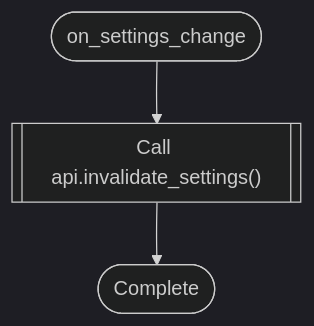
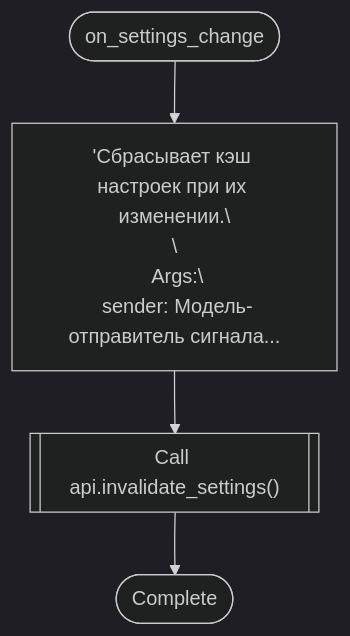
One commit to ihrusl05-rgb/Factoscope changed diagram 21 of 59 in codedebrief-out/codedebrief.md. Above: the diagram before and after it, drawn with Mermaid (dark theme). The commit also changed other lines of this file and 20 other files, not shown here.

````diff
--- a/codedebrief-out/codedebrief.md
+++ b/codedebrief-out/codedebrief.md
@@ -585,8 +609,10 @@
 ```mermaid
 flowchart TD
   mflow_084982573a5c7fd6_n1(["on_settings_change"])
-  mflow_084982573a5c7fd6_n2[["Call api.invalidate_settings()"]]
-  mflow_084982573a5c7fd6_n3(["Complete"])
+  mflow_084982573a5c7fd6_n2["'Сбрасывает кэш настроек при их изменении.\\n\\n Args:\\n sender: Модель-отправитель сигнала..."]
+  mflow_084982573a5c7fd6_n3[["Call api.invalidate_settings()"]]
+  mflow_084982573a5c7fd6_n4(["Complete"])
   mflow_084982573a5c7fd6_n1 --> mflow_084982573a5c7fd6_n2
   mflow_084982573a5c7fd6_n2 --> mflow_084982573a5c7fd6_n3
+  mflow_084982573a5c7fd6_n3 --> mflow_084982573a5c7fd6_n4
 ```
````
